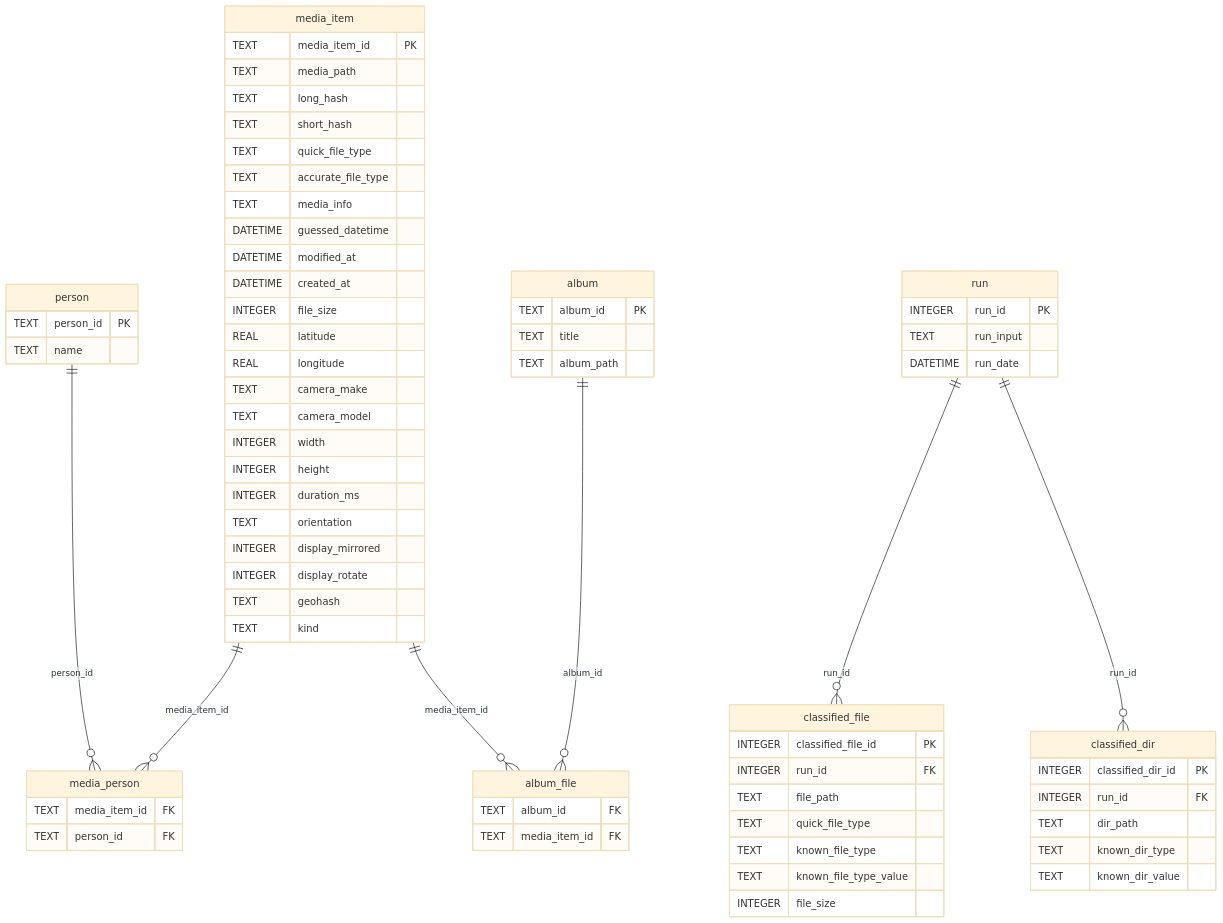
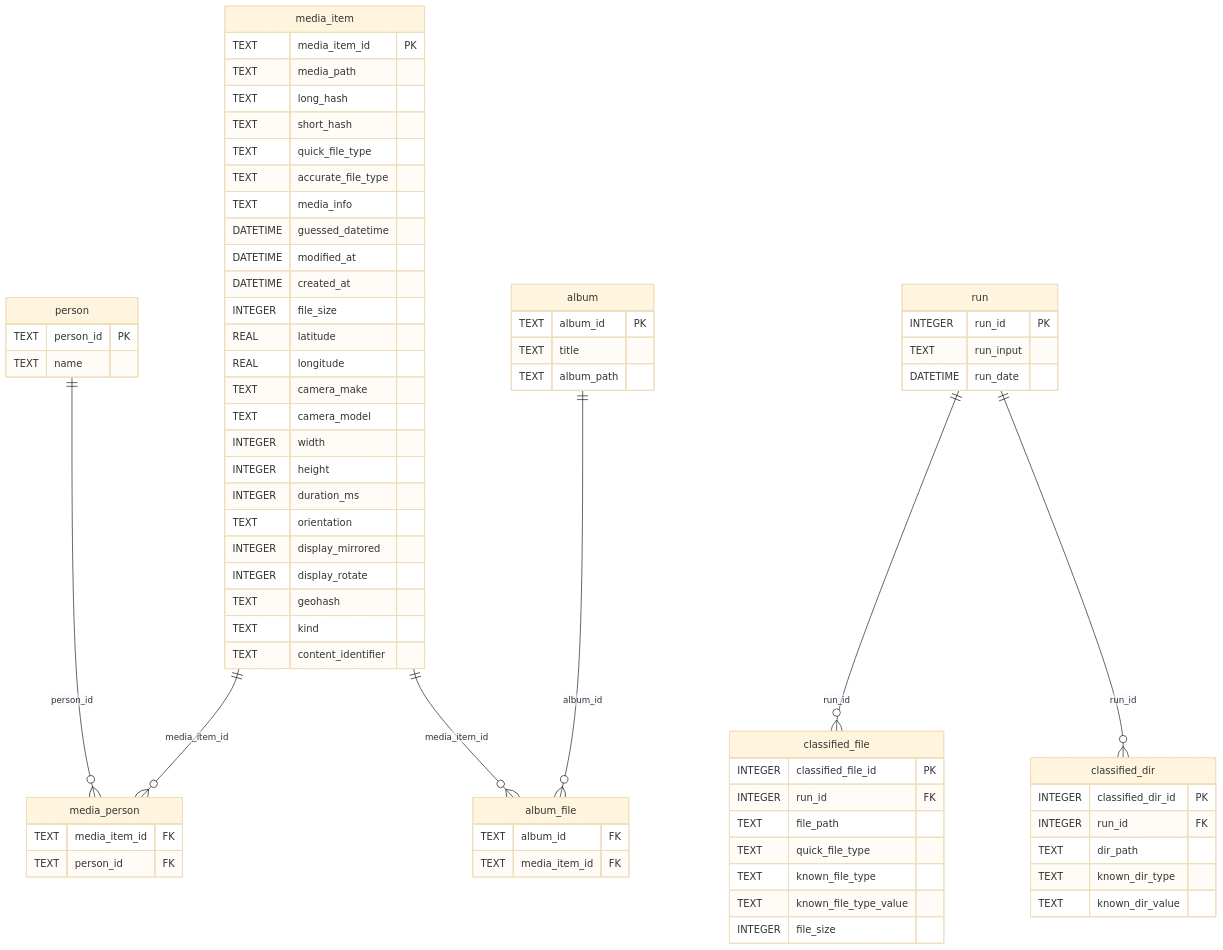
One commit to paultuckey/ptsync changed the diagram in docs/db-schema.md. Above: the diagram before and after it, drawn with Mermaid (base theme). The commit also changed 24 other files, not shown here.

````diff
--- a/docs/db-schema.md
+++ b/docs/db-schema.md
@@ -6,72 +6,73 @@
 ```mermaid
 erDiagram
     media_item ||--o{ media_person : "media_item_id"
     person ||--o{ media_person : "person_id"
     album ||--o{ album_file : "album_id"
     media_item ||--o{ album_file : "media_item_id"
     run ||--o{ classified_file : "run_id"
     run ||--o{ classified_dir : "run_id"
     media_item {
         TEXT media_item_id PK
         TEXT media_path
         TEXT long_hash
         TEXT short_hash
         TEXT quick_file_type
         TEXT accurate_file_type
         TEXT media_info
         DATETIME guessed_datetime
         DATETIME modified_at
         DATETIME created_at
         INTEGER file_size
         REAL latitude
         REAL longitude
         TEXT camera_make
         TEXT camera_model
         INTEGER width
         INTEGER height
         INTEGER duration_ms
         TEXT orientation
         INTEGER display_mirrored
         INTEGER display_rotate
         TEXT geohash
         TEXT kind
+        TEXT content_identifier
     }
     person {
         TEXT person_id PK
         TEXT name
     }
     media_person {
         TEXT media_item_id FK
         TEXT person_id FK
     }
     album {
         TEXT album_id PK
         TEXT title
         TEXT album_path
     }
     album_file {
         TEXT album_id FK
         TEXT media_item_id FK
     }
     run {
         INTEGER run_id PK
         TEXT run_input
         DATETIME run_date
     }
     classified_file {
         INTEGER classified_file_id PK
         INTEGER run_id FK
         TEXT file_path
         TEXT quick_file_type
         TEXT known_file_type
         TEXT known_file_type_value
         INTEGER file_size
     }
     classified_dir {
         INTEGER classified_dir_id PK
         INTEGER run_id FK
         TEXT dir_path
         TEXT known_dir_type
         TEXT known_dir_value
     }
 ```
````
